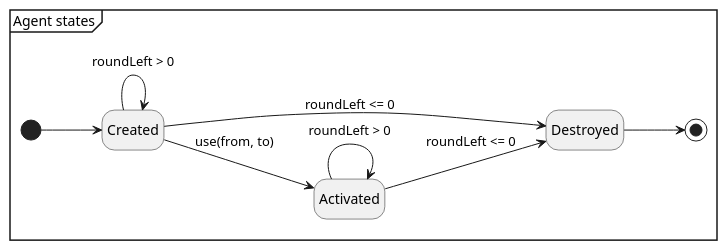
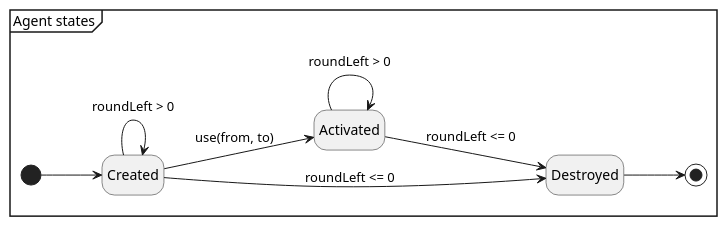
One commit to Tschonti/503-service-unavailable changed the diagram in docs/stateMachines/agentState.puml. Above: the diagram before and after it, drawn with PlantUML. The commit also changed 9 other files, not shown here.

```diff
--- a/docs/stateMachines/agentState.puml
+++ b/docs/stateMachines/agentState.puml
@@ -1,17 +1,16 @@
 @startuml
 'https://plantuml.com/state-diagram
 left to right direction
 mainframe Agent states
 hide empty description
 
 state Created
-state Destroyed
 state Activated
 [*] --> Created
 Created --> Created : roundLeft > 0
 Created --> Destroyed : roundLeft <= 0
 Created --> Activated : use(from, to)
 Activated --> Activated : roundLeft > 0
 Activated --> Destroyed : roundLeft <= 0
 Destroyed-->[*]
 @enduml
```
